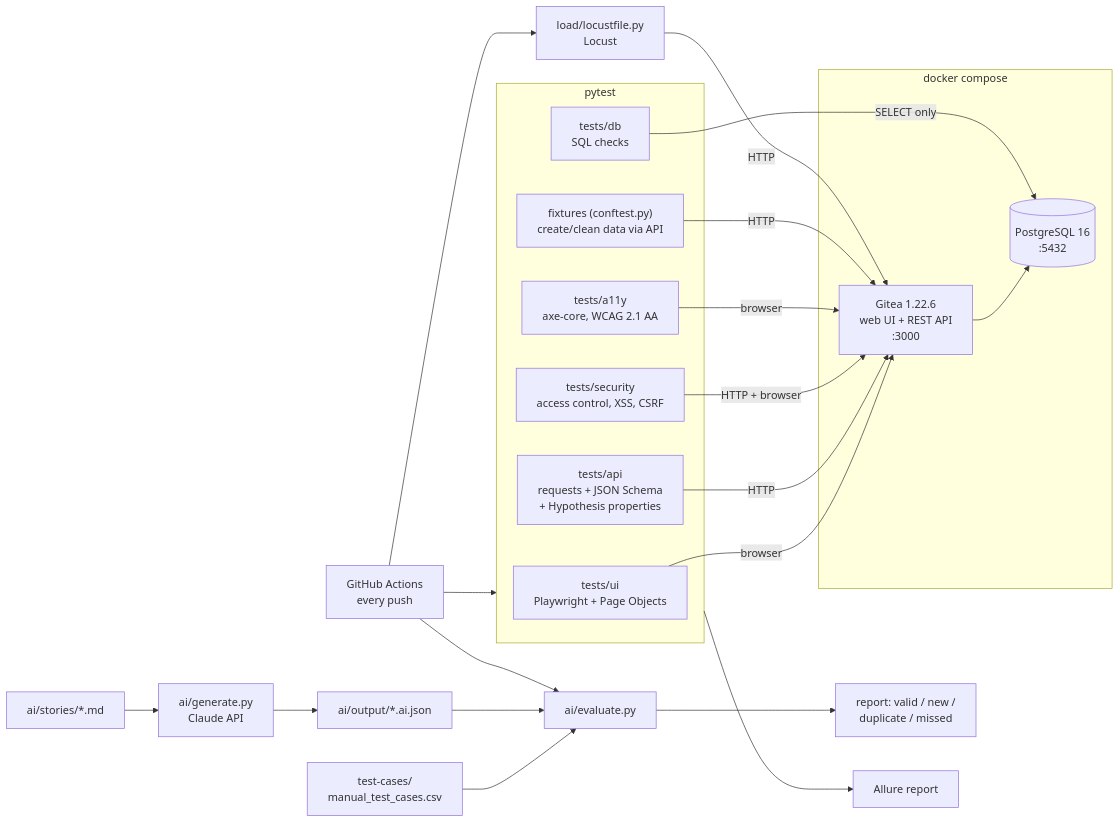
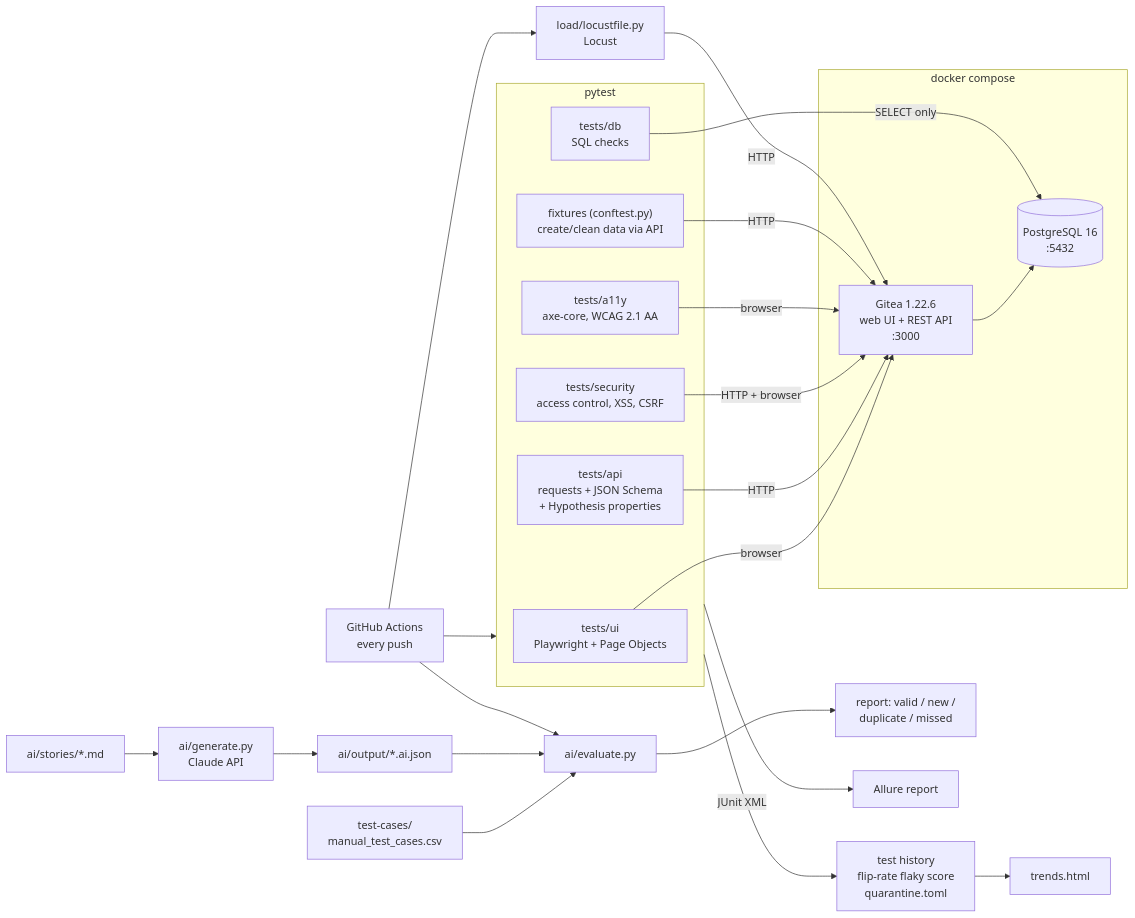
One commit to roy032/qualitylens changed the diagram in README.md. Above: the diagram before and after it, drawn with Mermaid. The commit also changed other lines of this file and 51 other files, not shown here.

First line of the commit message:
Add qualitylens CLI, flaky-test quarantine, trends dashboard, quality gates and release workflow

````diff
--- a/README.md
+++ b/README.md
@@ -30,30 +34,31 @@
 ```mermaid
 flowchart LR
     subgraph Docker["docker compose"]
         G["Gitea 1.22.6<br/>web UI + REST API<br/>:3000"] --> P[("PostgreSQL 16<br/>:5432")]
     end
 
     subgraph Suite["pytest"]
         UI["tests/ui<br/>Playwright + Page Objects"]
         API["tests/api<br/>requests + JSON Schema<br/>+ Hypothesis properties"]
         SEC["tests/security<br/>access control, XSS, CSRF"]
         A11Y["tests/a11y<br/>axe-core, WCAG 2.1 AA"]
         DB["tests/db<br/>SQL checks"]
         F["fixtures (conftest.py)<br/>create/clean data via API"]
     end
 
     UI -- browser --> G
     API -- HTTP --> G
     SEC -- "HTTP + browser" --> G
     A11Y -- browser --> G
     F -- HTTP --> G
     DB -- "SELECT only" --> P
     L["load/locustfile.py<br/>Locust"] -- HTTP --> G
 
     S["ai/stories/*.md"] --> GEN["ai/generate.py<br/>Claude API"] --> J["ai/output/*.ai.json"]
     M["test-cases/<br/>manual_test_cases.csv"] --> EV["ai/evaluate.py"]
     J --> EV --> R["report: valid / new /<br/>duplicate / missed"]
 
     Suite --> AL["Allure report"]
+    Suite -- "JUnit XML" --> H["test history<br/>flip-rate flaky score<br/>quarantine.toml"] --> TD["trends.html"]
     CI["GitHub Actions<br/>every push"] --> Suite & L & EV
 ```
````
